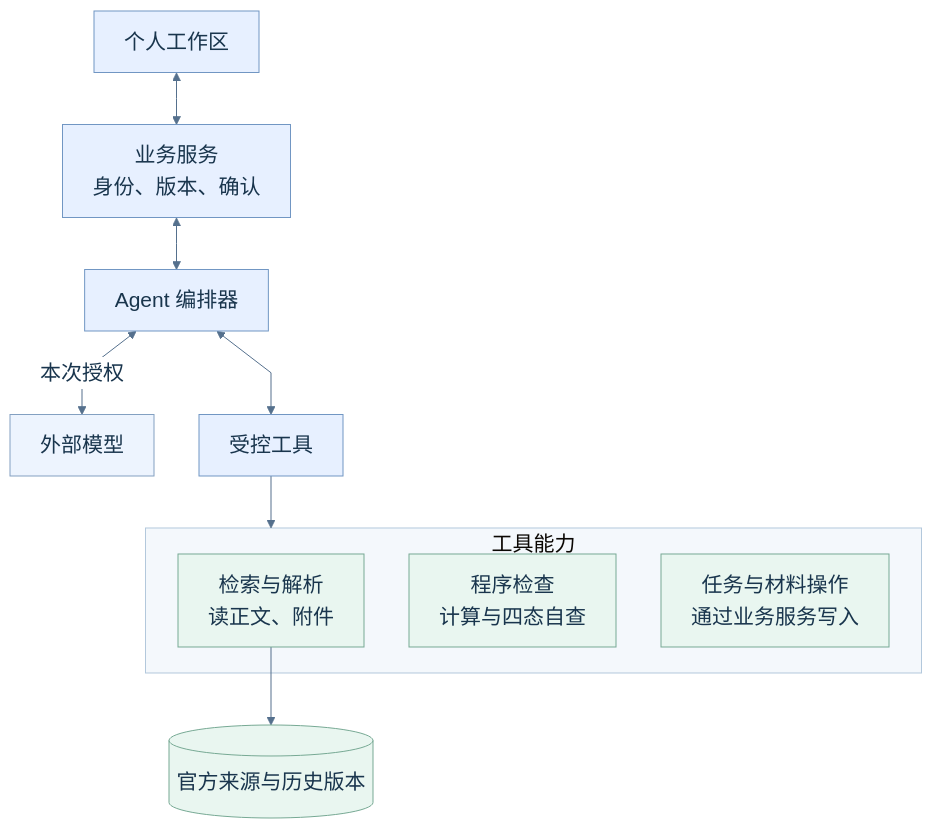
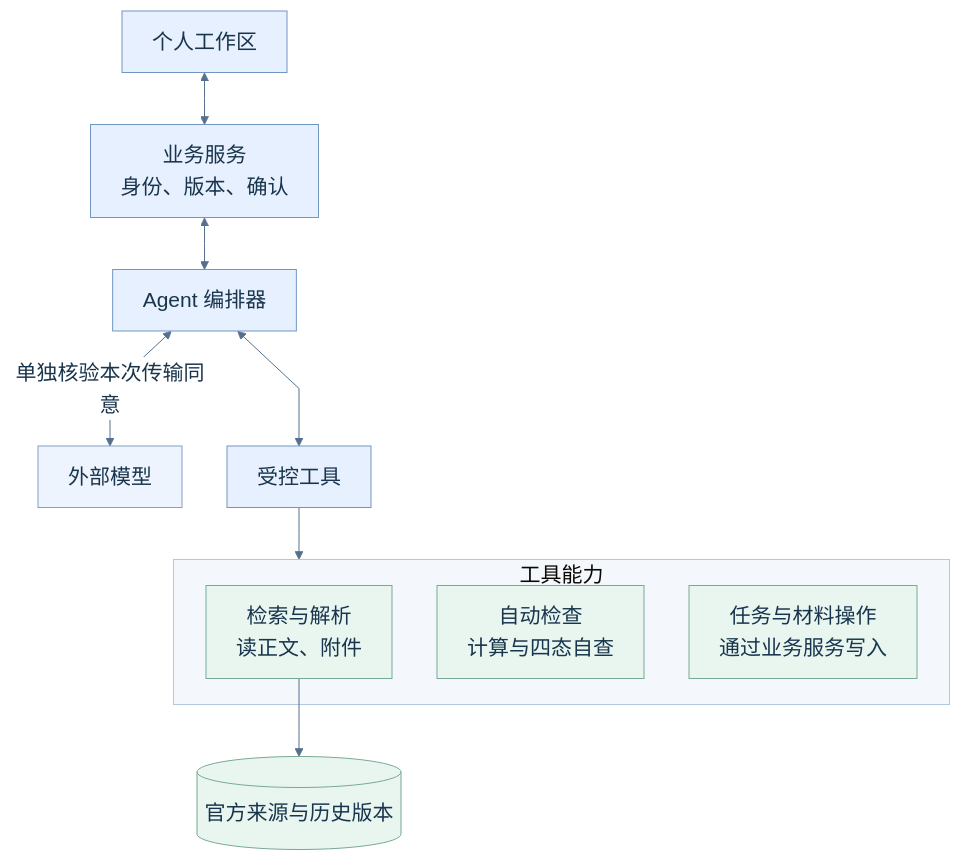
One commit to LotteryCamp/OfferPilot changed the diagram in docs/agent/diagrams/01_集成架构.mmd. Above: the diagram before and after it, drawn with Mermaid. The commit also changed 8 other files, not shown here.

```diff
--- a/docs/agent/diagrams/01_集成架构.mmd
+++ b/docs/agent/diagrams/01_集成架构.mmd
@@ -1,55 +1,55 @@
 ---
 config:
   theme: base
   themeCSS: 'text.messageText { paint-order: stroke; stroke: white; stroke-width: 5px; stroke-linejoin: round; }'
   themeVariables:
     fontFamily: "Microsoft YaHei, sans-serif"
     fontSize: "21px"
     primaryColor: "#EDF4FE"
     primaryBorderColor: "#83A0C1"
     primaryTextColor: "#19354D"
     secondaryColor: "#EBF6F1"
     tertiaryColor: "#F5F8FC"
     lineColor: "#55708D"
     edgeLabelBackground: "#FFFFFF"
     clusterBkg: "#F4F8FC"
     clusterBorder: "#B3C8DC"
     actorBkg: "#EDF4FE"
     actorBorder: "#8DAAC8"
     actorTextColor: "#19354D"
     actorLineColor: "#B8CBDE"
     signalColor: "#294E70"
     signalTextColor: "#19354D"
     labelBoxBkgColor: "#EBF6F1"
     labelBoxBorderColor: "#9ABBAE"
     loopTextColor: "#19354D"
     actorFontSize: "20px"
     messageFontSize: "19px"
     sequenceNumberColor: "#FFFFFF"
   flowchart:
     curve: linear
     wrappingWidth: 300
     nodeSpacing: 45
     rankSpacing: 52
   sequence:
     mirrorActors: true
     actorMargin: 60
     messageMargin: 25
     boxMargin: 12
 ---
 flowchart TB
     U["个人工作区"] <--> B["业务服务<br/>身份、版本、确认"]
     B <--> A["Agent 编排器"]
-    A <-->|本次授权| M["外部模型"]
+    A <-->|单独核验本次传输同意| M["外部模型"]
     A <--> G["受控工具"]
     subgraph TOOLS["工具能力"]
     R["检索与解析<br/>读正文、附件"]
-    C["程序检查<br/>计算与四态自查"]
+    C["自动检查<br/>计算与四态自查"]
     W["任务与材料操作<br/>通过业务服务写入"]
     end
     G --> TOOLS
     R --> S[("官方来源与历史版本")]
     classDef core fill:#E7F0FF,stroke:#7196C3
     classDef tools fill:#E9F6F0,stroke:#77A994
     class U,B,A,G core
     class R,C,W,S tools
```
